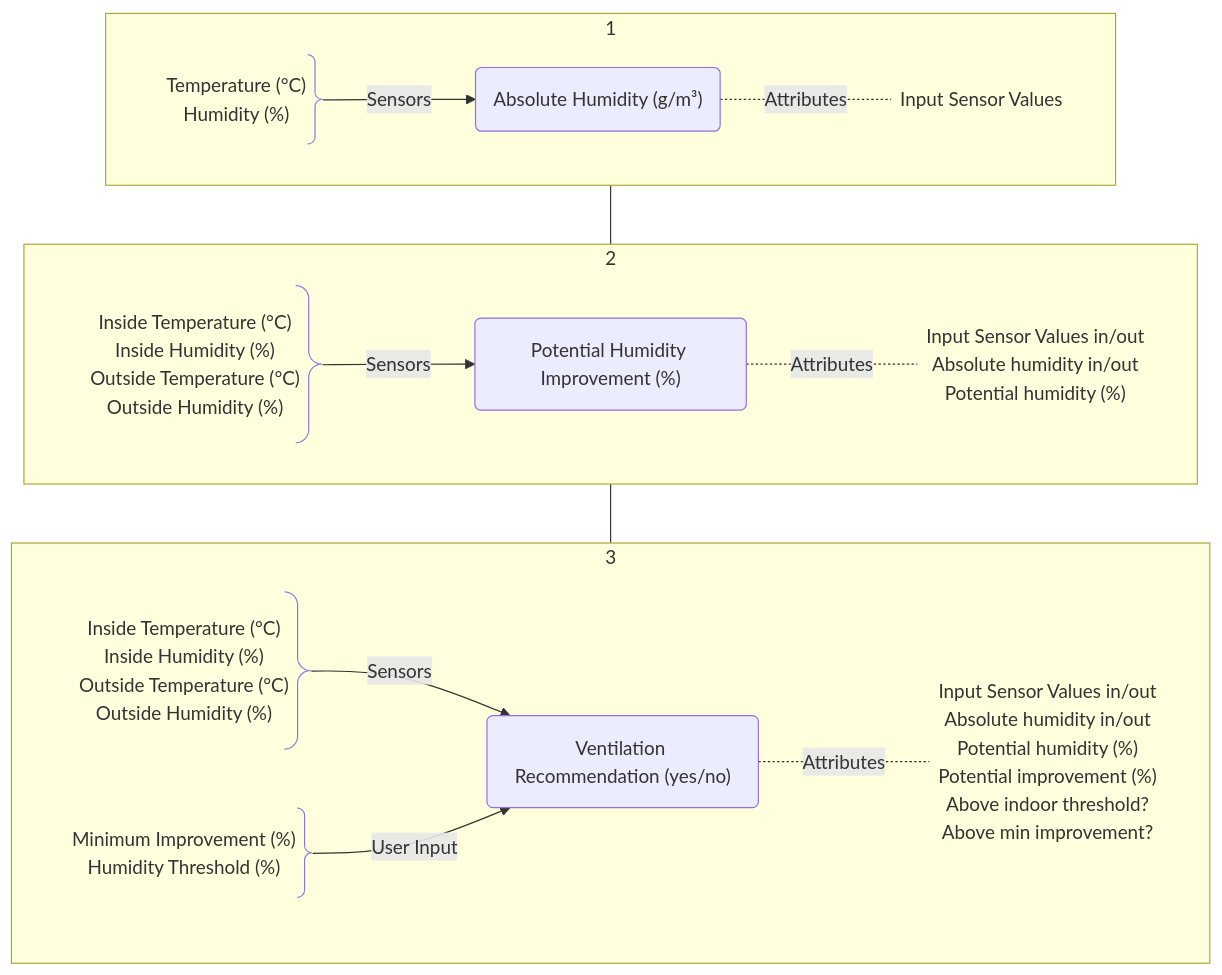
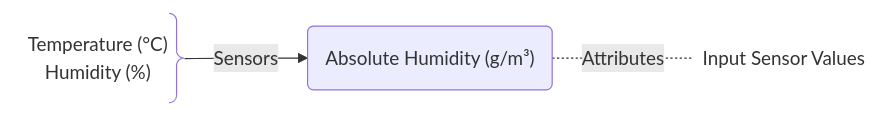
The diagram in ventilation-recomentation/README.md (Flo-R1der/My_Smart-Home_stuff), drawn with Mermaid before and after one commit. The commit also changed other lines of this file and 1 other file, not shown here.

Commit message:
documentation for absolute humidity

````diff
--- a/ventilation-recomentation/README.md
+++ b/ventilation-recomentation/README.md
@@ -5,40 +10,7 @@
 ```mermaid
-flowchart TD
-    subgraph 1
-    direction LR
+flowchart LR
     A@{ shape: brace-r, label: "Temperature (°C)<br>Humidity (%)" }
     B("Absolute Humidity (g/m³)")
     C@{ shape: text, label: "Input Sensor Values" }
     A -- Sensors --> B -. Attributes .- C
-    end
-
-    subgraph 2
-    direction LR
-    D@{ shape: brace-r, label: "Inside Temperature (°C)<br>Inside Humidity (%)
-    Outside Temperature (°C)<br>Outside Humidity (%)" }
-    E("Potential Humidity Improvement (%)")
-    F@{ shape: text, label: "Input Sensor Values in/out
-    Absolute humidity in/out
-    Potential humidity (%)" }
-    D -- Sensors --> E -. Attributes .- F
-    end
-
-    subgraph 3
-    direction LR
-    G@{ shape: brace-r, label: "Inside Temperature (°C)<br>Inside Humidity (%)
-    Outside Temperature (°C)<br>Outside Humidity (%)" }
-    H@{ shape: brace-r, label: "Minimum Improvement (%)
-    Humidity Threshold (%)" }
-    I("Ventilation Recommendation (yes/no)")
-    J@{ shape: text, label: "Input Sensor Values in/out
-    Absolute humidity in/out
-    Potential humidity (%)
-    Potential improvement (%)
-    Above indoor threshold?
-    Above min improvement?" }
-    G -- Sensors --> I -. Attributes .- J
-    H -- User Input --> I
-    end
-    
-    1 --- 2 --- 3
 ```
````
